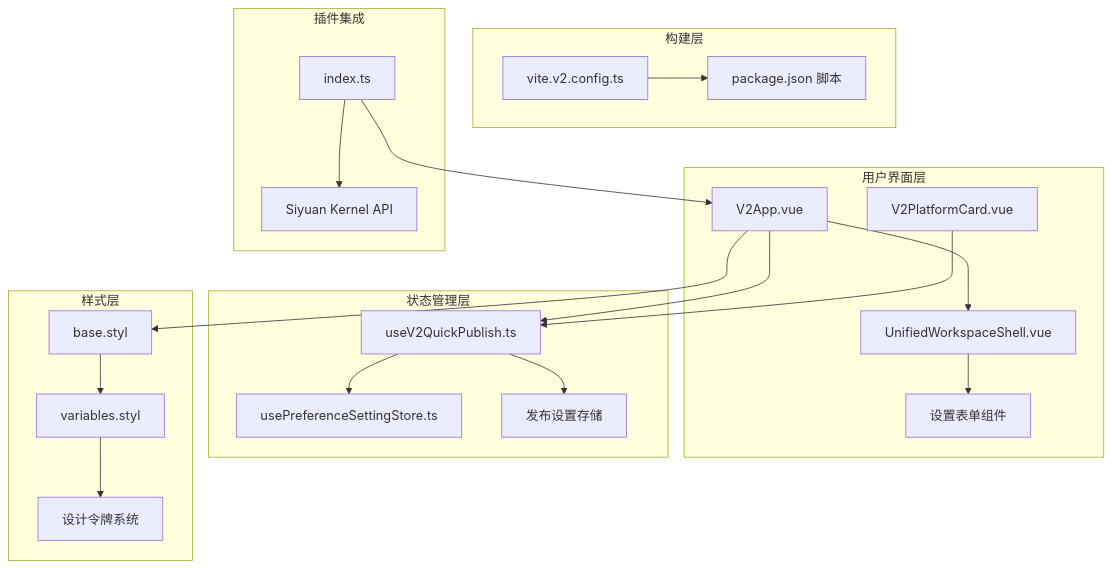
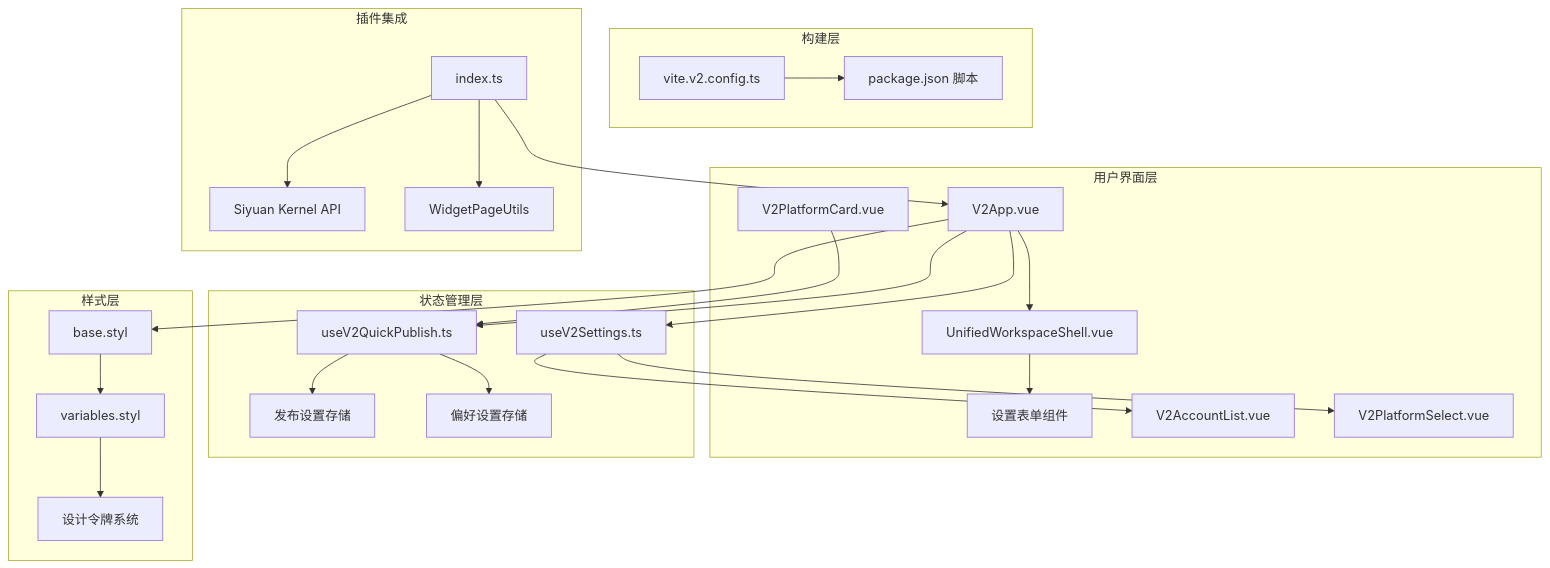
The fourth of 5 diagrams in .qoder/repowiki/zh/content/用户界面组件/UI V2 里程碑进度.md (terwer/siyuan-plugin-publisher), drawn with Mermaid before and after one commit. The commit also changed other lines of this file and 16 other files, not shown here.

````diff
--- a/.qoder/repowiki/zh/content/用户界面组件/UI V2 里程碑进度.md
+++ b/.qoder/repowiki/zh/content/用户界面组件/UI V2 里程碑进度.md
@@ -179,39 +223,47 @@
 ```mermaid
 graph TB
 subgraph "用户界面层"
 V2App[V2App.vue]
 Shell[UnifiedWorkspaceShell.vue]
 Cards[V2PlatformCard.vue]
 Forms[设置表单组件]
+AccountList[V2AccountList.vue]
+PlatformSelect[V2PlatformSelect.vue]
 end
 subgraph "状态管理层"
 QuickStore[useV2QuickPublish.ts]
-PrefStore[usePreferenceSettingStore.ts]
+SettingsStore[useV2Settings.ts]
 PublishStore[发布设置存储]
+PrefStore[偏好设置存储]
 end
 subgraph "样式层"
 BaseStyles[base.styl]
 VarStyles[variables.styl]
 Theme[设计令牌系统]
 end
 subgraph "构建层"
 ViteConfig[vite.v2.config.ts]
 Scripts[package.json 脚本]
 end
 subgraph "插件集成"
 PluginEntry[index.ts]
 SiyuanAPI[Siyuan Kernel API]
+WidgetPageUtils[WidgetPageUtils]
 end
 V2App --> Shell
 V2App --> QuickStore
+V2App --> SettingsStore
 Shell --> Forms
 Cards --> QuickStore
+SettingsStore --> AccountList
+SettingsStore --> PlatformSelect
+QuickStore --> PublishStore
 QuickStore --> PrefStore
-QuickStore --> PublishStore
 V2App --> BaseStyles
 BaseStyles --> VarStyles
 VarStyles --> Theme
 ViteConfig --> Scripts
 PluginEntry --> V2App
 PluginEntry --> SiyuanAPI
+PluginEntry --> WidgetPageUtils
 ```
````
